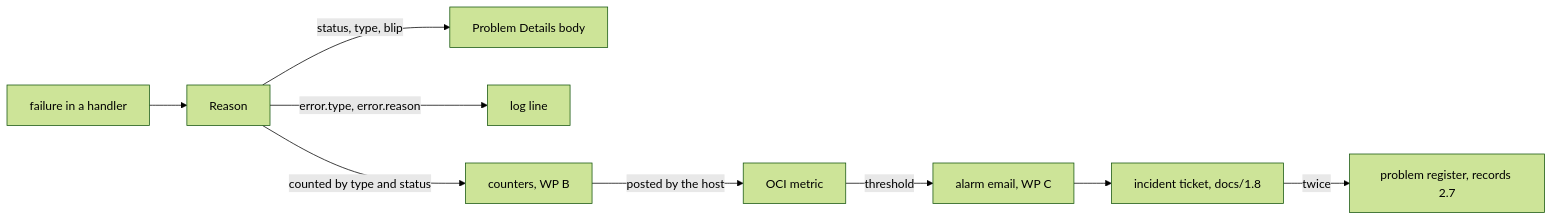
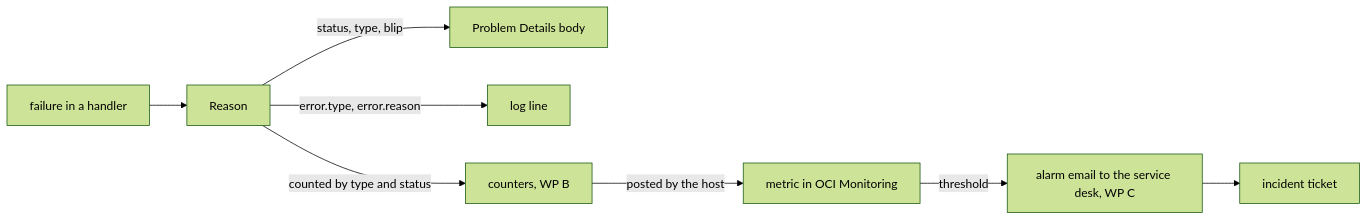
One commit to delphside/programme changed the diagram in applications/tile-lite-elite/3.1.7-changes/workstreams/operations/402-server-error-handling/402-design.md. Above: the diagram before and after it, drawn with Mermaid (forest theme). The commit also changed other lines of this file, not shown here.

````diff
--- a/applications/tile-lite-elite/3.1.7-changes/workstreams/operations/402-server-error-handling/402-design.md
+++ b/applications/tile-lite-elite/3.1.7-changes/workstreams/operations/402-server-error-handling/402-design.md
@@ -21,11 +37,10 @@
 ```mermaid
 flowchart LR
     F[failure in a handler] --> R[Reason]
     R -->|status, type, blip| B[Problem Details body]
     R -->|error.type, error.reason| L[log line]
     R -->|counted by type and status| C[counters, WP B]
-    C -->|posted by the host| M[OCI metric]
-    M -->|threshold| A[alarm email, WP C]
-    A --> I[incident ticket, docs/1.8]
-    I -->|twice| P[problem register, records 2.7]
+    C -->|posted by the host| M[metric in OCI Monitoring]
+    M -->|threshold| A[alarm email to the service desk, WP C]
+    A --> I[incident ticket]
 ```
````
